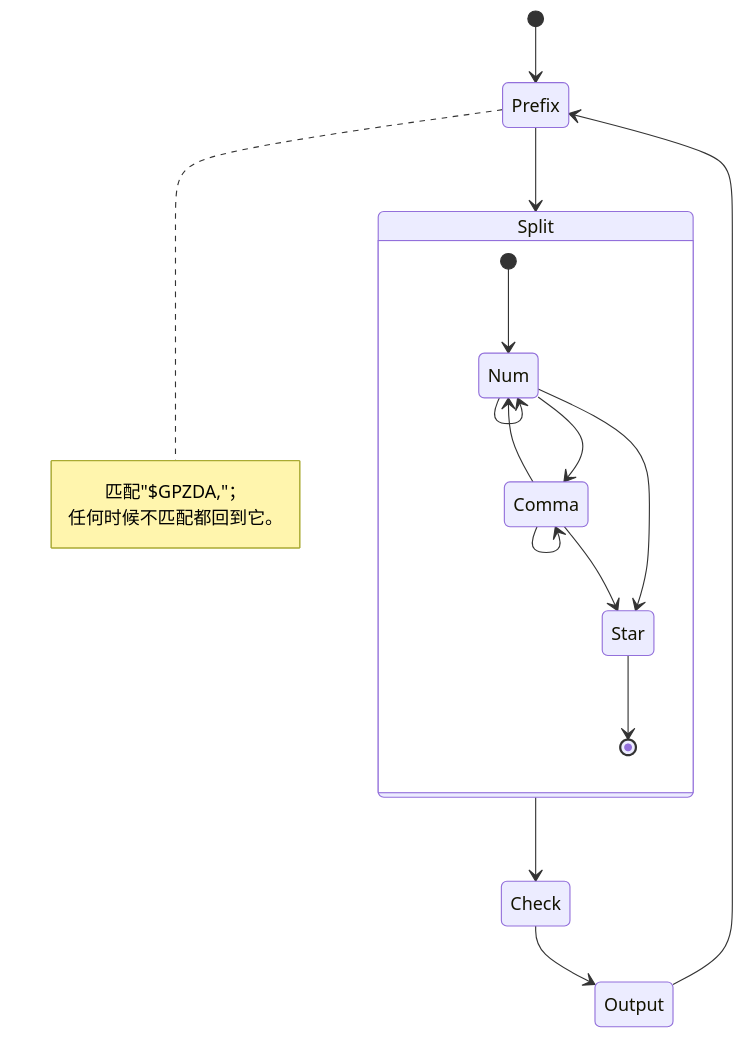
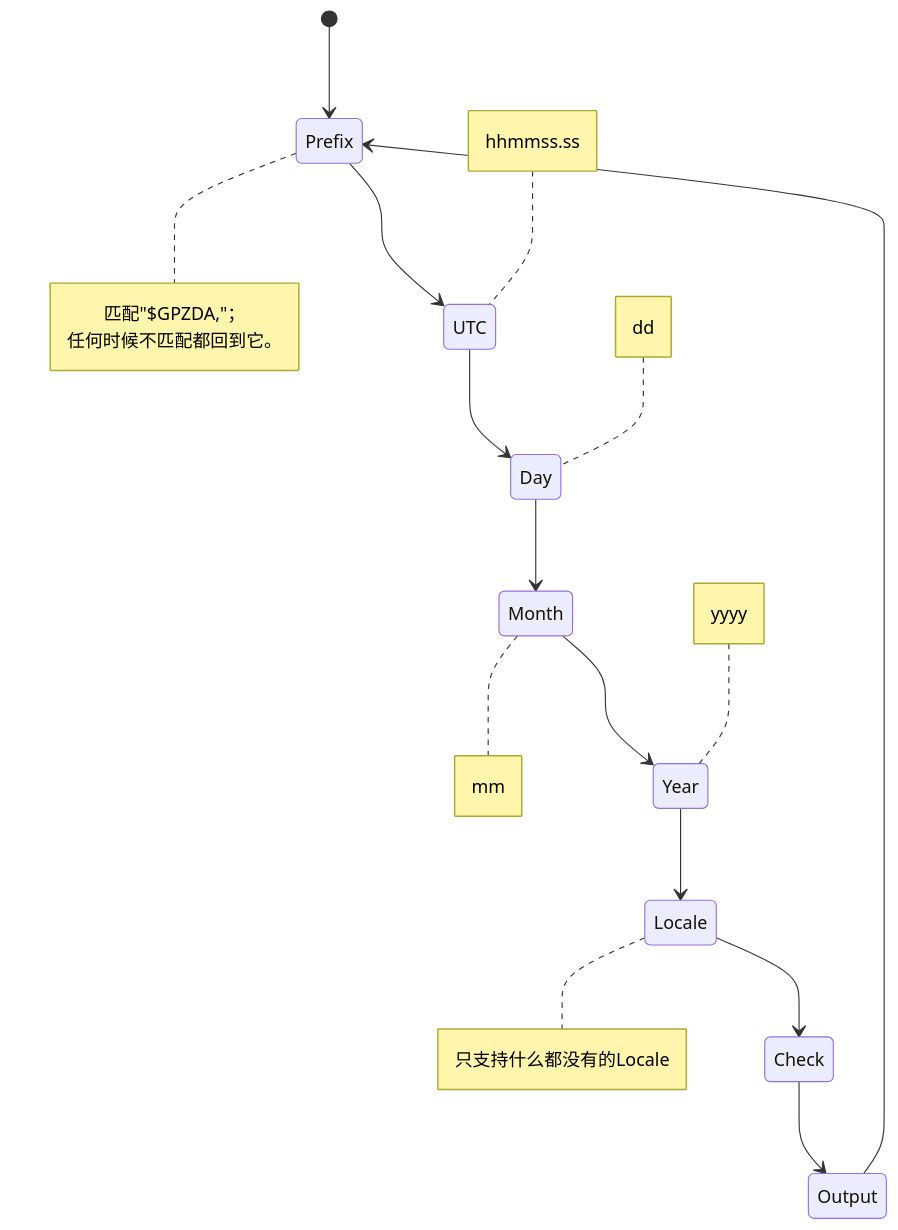
One commit to YDX-2147483647/SoC_Design_Archive changed the first of 2 diagrams in GPZDA/ReadMe.md. Above: the diagram before and after it, drawn with Mermaid. The commit also changed 1 other file, not shown here.

Commit message:
更改 GpsReceiver 的可能状态

````diff
--- a/GPZDA/ReadMe.md
+++ b/GPZDA/ReadMe.md
@@ -13,21 +13,19 @@
 ```mermaid
 stateDiagram-v2
     [*] --> Prefix
     note right of Prefix: 匹配"$GPZDA,"；<br>任何时候不匹配都回到它。
     
-    Prefix --> Split
-    state Split {
-        [*] --> Num
-        Num --> Num
-        Num --> Comma
-        Comma --> Num
-        Comma --> Comma
-
-        Num --> Star
-        Comma --> Star
-        Star --> [*]
-    }
-    Split --> Check
+    Prefix --> UTC
+    note left of UTC: hhmmss.ss
+    UTC --> Day
+    note left of Day: dd
+    Day --> Month
+    note right of Month: mm
+    Month --> Year
+    note left of Year: yyyy
+    Year --> Locale
+    note right of Locale: 只支持什么都没有的Locale
+    Locale --> Check
     Check --> Output
     Output --> Prefix
 ```
````
